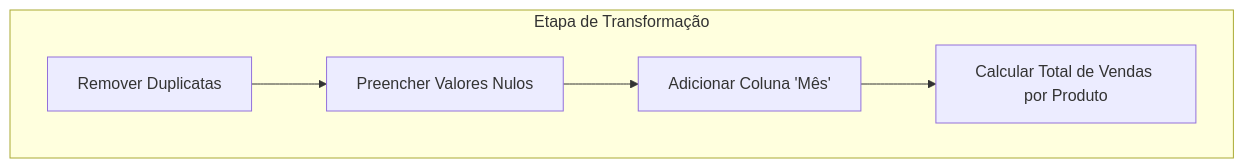
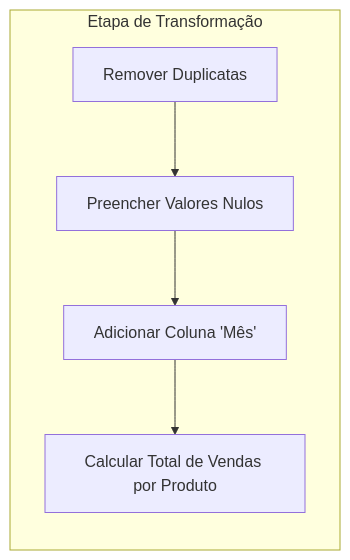
Before and after one commit to lvgalvao/laennderAula04: the third of 4 diagrams in README.md, drawn with Mermaid. The commit also changed other lines of this file, not shown here.

````diff
--- a/README.md
+++ b/README.md
@@ -32,8 +32,8 @@
 ```mermaid
-flowchart TD
+flowchart LR
 subgraph Transformar[Etapa de Transformação]
     B1[Remover Duplicatas] --> B2[Preencher Valores Nulos]
     B2 --> B3[Adicionar Coluna 'Mês']
     B3 --> B4[Calcular Total de Vendas por Produto]
 end
 ```
````
